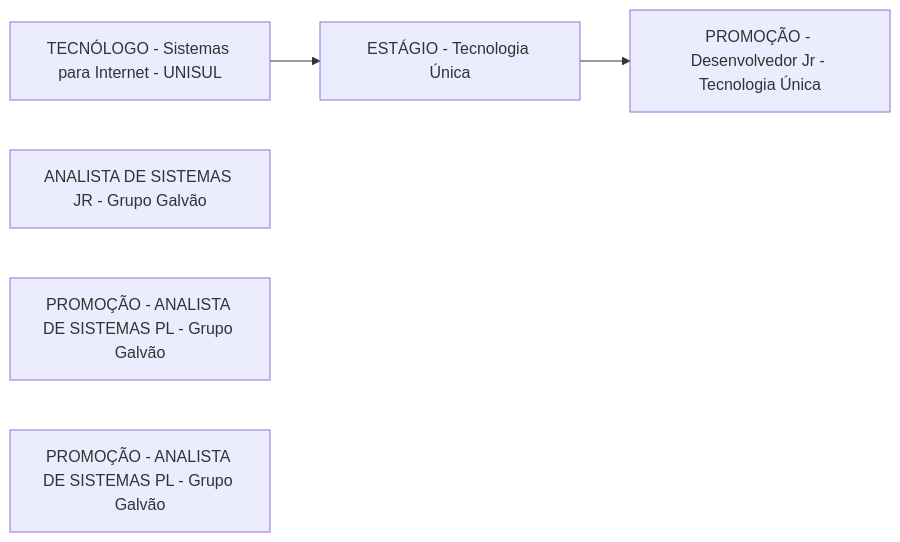
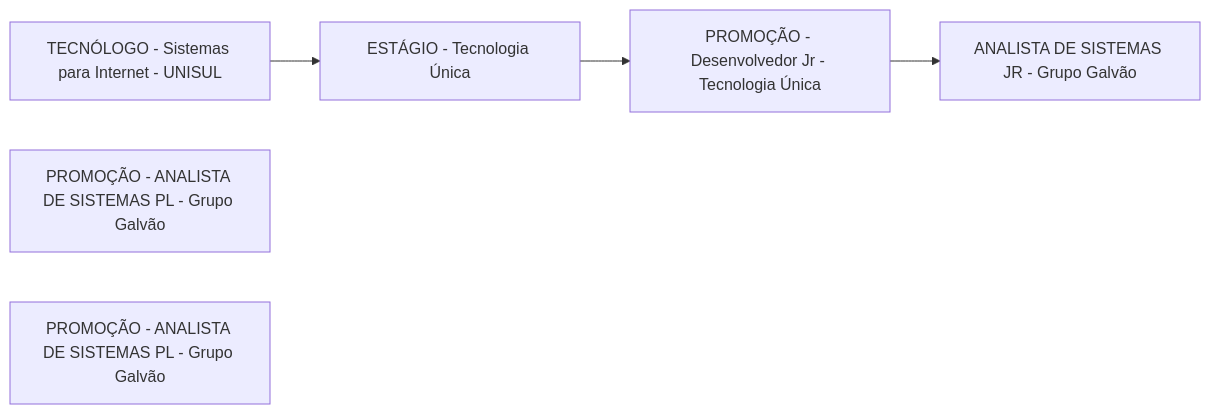
One commit to rafsp/Graduacao_FIAP changed the diagram in Advanced-Business-Development-with-.NET/1º-Semestre/Aula-01-%2D-Introdução-e-Apresentação/Apresentação-do-Professor.md. Above: the diagram before and after it, drawn with Mermaid.

Commit message:
Updated Apresentação do Professor

```diff
--- a/Advanced-Business-Development-with-.NET/1º-Semestre/Aula-01-%2D-Introdução-e-Apresentação/Apresentação-do-Professor.md
+++ b/Advanced-Business-Development-with-.NET/1º-Semestre/Aula-01-%2D-Introdução-e-Apresentação/Apresentação-do-Professor.md
@@ -1,12 +1,12 @@
 ::: mermaid
 flowchart LR;
 a[TECNÓLOGO - Sistemas para Internet - UNISUL];
 b[ESTÁGIO - Tecnologia Única];
 c[PROMOÇÃO - Desenvolvedor Jr - Tecnologia Única];
 d[ANALISTA DE SISTEMAS JR - Grupo Galvão];
 e[PROMOÇÃO - ANALISTA DE SISTEMAS PL - Grupo Galvão];
 f[PROMOÇÃO - ANALISTA DE SISTEMAS PL - Grupo Galvão];
 a-->b;
 b-->c;
-
+c-->d;
 :::
```
